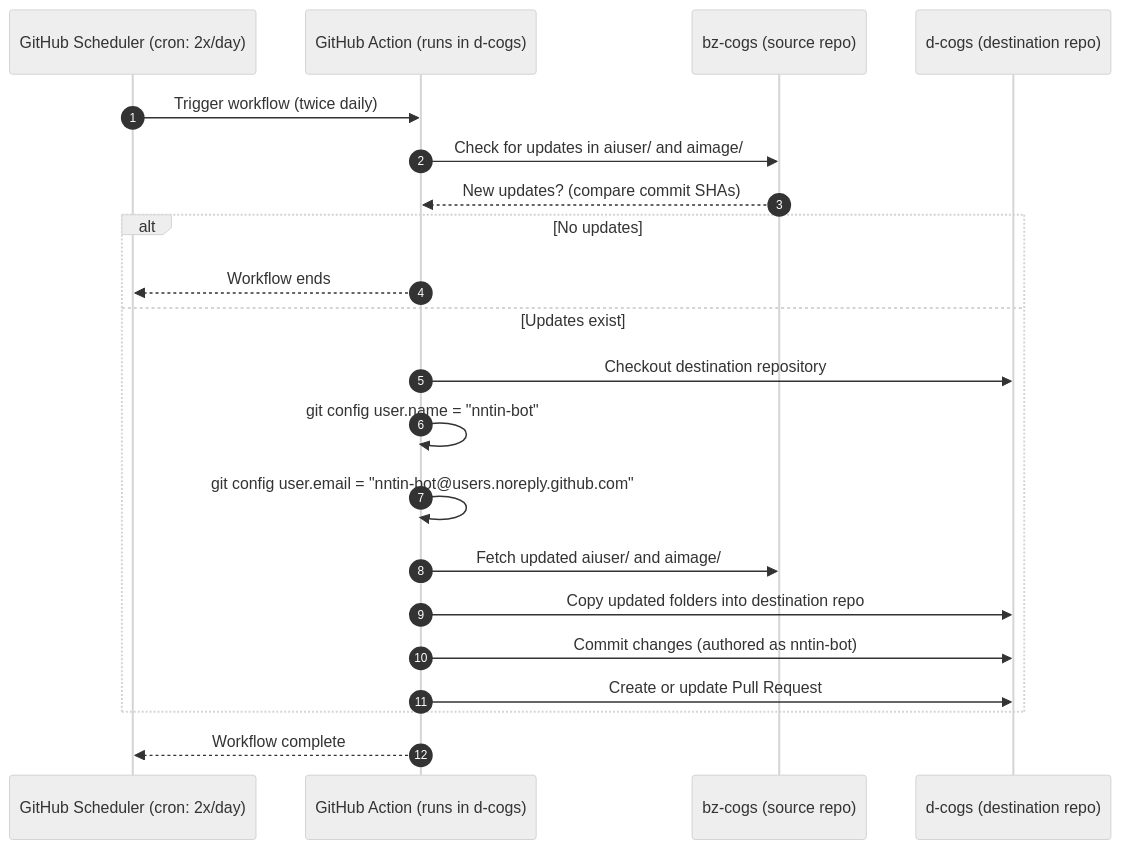
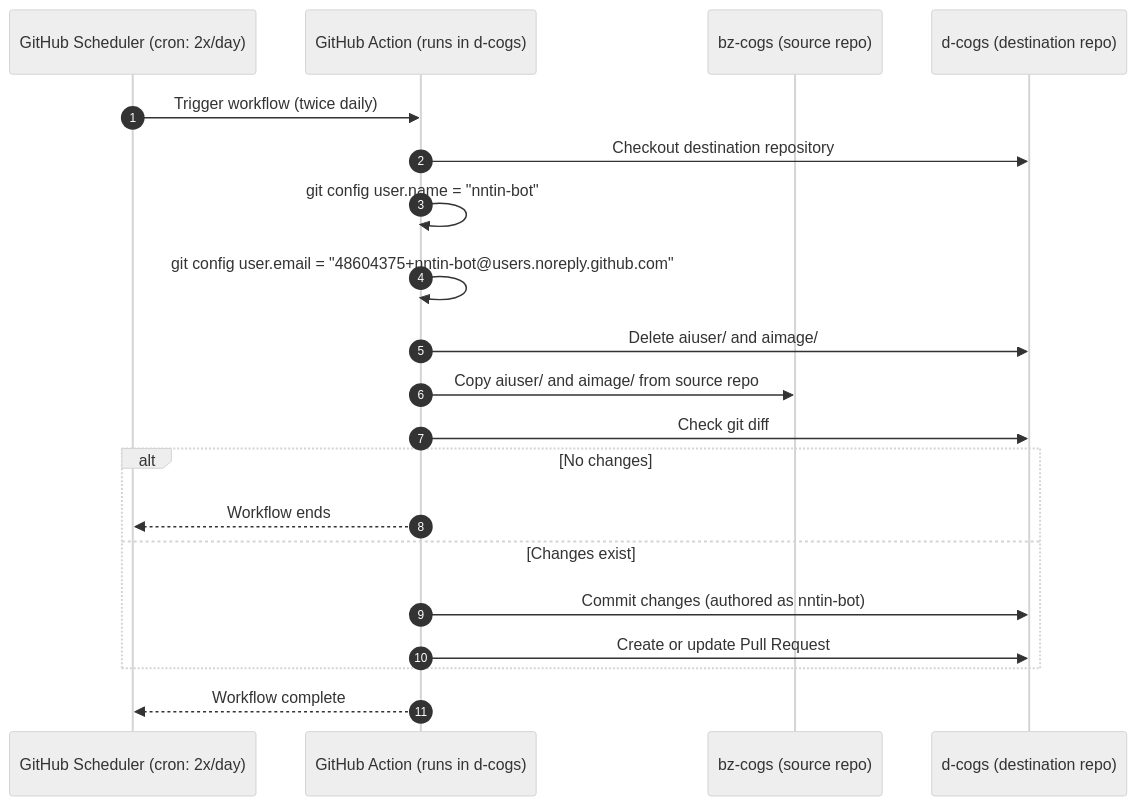
The diagram in actions/sync-cogs/README.md (NNTin/d-flows), drawn with Mermaid (neutral theme) before and after one commit. The commit also changed other lines of this file and 1 other file, not shown here.

Commit message:
re-envisioning the sequence diagram

````diff
--- a/actions/sync-cogs/README.md
+++ b/actions/sync-cogs/README.md
@@ -22,30 +1,28 @@
 ```mermaid
 sequenceDiagram
     autonumber
 
     participant Scheduler as GitHub Scheduler (cron: 2x/day)
     participant Workflow as GitHub Action (runs in d-cogs)
     participant Source as bz-cogs (source repo)
     participant Dest as d-cogs (destination repo)
 
     Scheduler ->> Workflow: Trigger workflow (twice daily)
 
-    Workflow ->> Source: Check for updates in aiuser/ and aimage/
-    Source -->> Workflow: New updates? (compare commit SHAs)
+    Workflow ->> Dest: Checkout destination repository
+    Workflow ->> Workflow: git config user.name = "nntin-bot"
+    Workflow ->> Workflow: git config user.email = "48604375+nntin-bot@users.noreply.github.com"
 
-    alt No updates
+    Workflow ->> Dest: Delete aiuser/ and aimage/
+    Workflow ->> Source: Copy aiuser/ and aimage/ from source repo
+    Workflow ->> Dest: Check git diff
+
+    alt No changes
         Workflow -->> Scheduler: Workflow ends
-    else Updates exist
-        Workflow ->> Dest: Checkout destination repository
-        Workflow ->> Workflow: git config user.name = "nntin-bot"
-        Workflow ->> Workflow: git config user.email = "nntin-bot@users.noreply.github.com"
-
-        Workflow ->> Source: Fetch updated aiuser/ and aimage/
-        Workflow ->> Dest: Copy updated folders into destination repo
+    else Changes exist
         Workflow ->> Dest: Commit changes (authored as nntin-bot)
         Workflow ->> Dest: Create or update Pull Request
     end
 
     Workflow -->> Scheduler: Workflow complete
-
 ```
````
